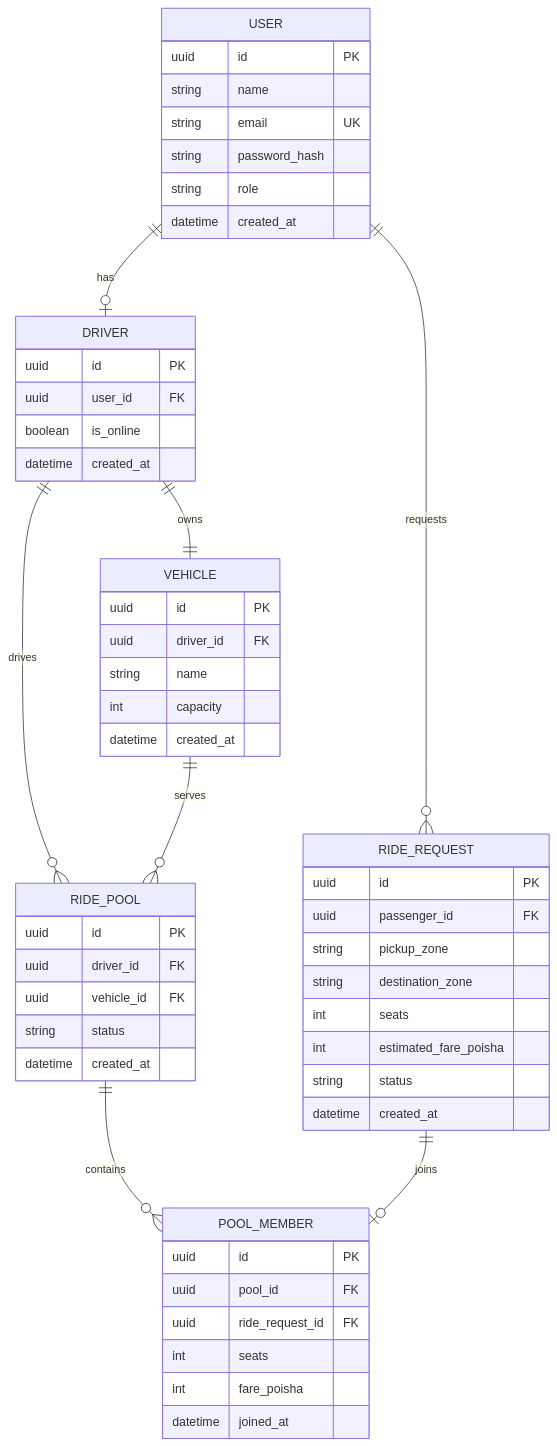
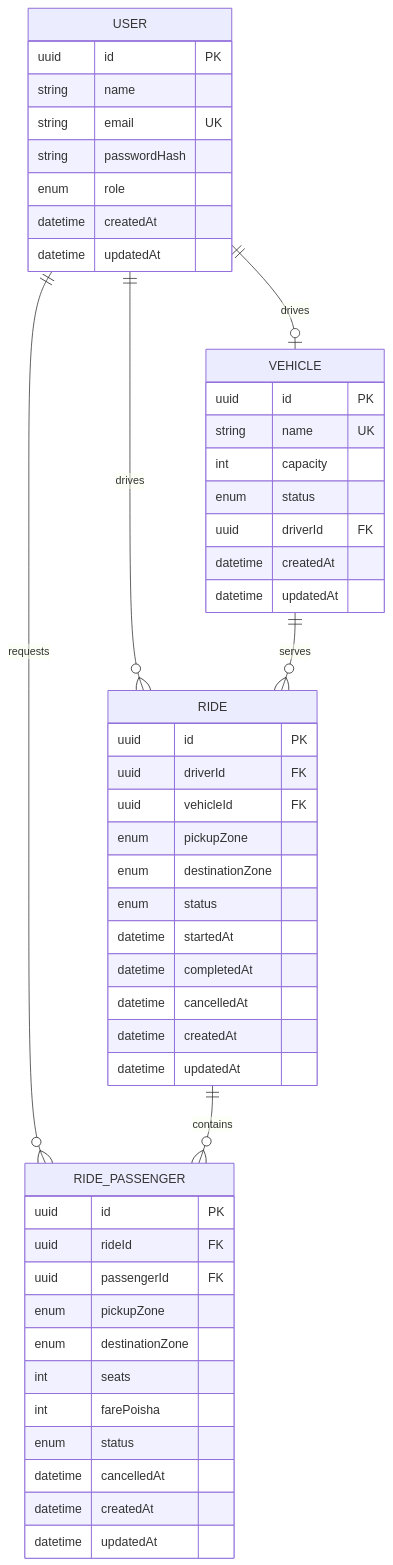
The second of 6 diagrams in docs/architecture/system-design.md (sajedur-me/dhaka-tesla-pool), drawn with Mermaid before and after one commit. The commit also changed other lines of this file and 2 other files, not shown here.

Commit message:
docs(project): document architecture and assessment setup

````diff
--- a/docs/architecture/system-design.md
+++ b/docs/architecture/system-design.md
@@ -76,65 +156,58 @@
 ```mermaid
 erDiagram
-    USER ||--o| DRIVER : has
-    USER ||--o{ RIDE_REQUEST : requests
+    USER ||--o| VEHICLE : drives
+    USER ||--o{ RIDE : drives
+    USER ||--o{ RIDE_PASSENGER : requests
 
-    DRIVER ||--|| VEHICLE : owns
-    DRIVER ||--o{ RIDE_POOL : drives
+    VEHICLE ||--o{ RIDE : serves
 
-    VEHICLE ||--o{ RIDE_POOL : serves
-
-    RIDE_POOL ||--o{ POOL_MEMBER : contains
-    RIDE_REQUEST ||--o| POOL_MEMBER : joins
+    RIDE ||--o{ RIDE_PASSENGER : contains
 
     USER {
         uuid id PK
         string name
         string email UK
-        string password_hash
-        string role
-        datetime created_at
-    }
-
-    DRIVER {
-        uuid id PK
-        uuid user_id FK
-        boolean is_online
-        datetime created_at
+        string passwordHash
+        enum role
+        datetime createdAt
+        datetime updatedAt
     }
 
     VEHICLE {
         uuid id PK
-        uuid driver_id FK
-        string name
+        string name UK
         int capacity
-        datetime created_at
+        enum status
+        uuid driverId FK
+        datetime createdAt
+        datetime updatedAt
     }
 
-    RIDE_REQUEST {
+    RIDE {
         uuid id PK
-        uuid passenger_id FK
-        string pickup_zone
-        string destination_zone
-        int seats
-        int estimated_fare_poisha
-        string status
-        datetime created_at
+        uuid driverId FK
+        uuid vehicleId FK
+        enum pickupZone
+        enum destinationZone
+        enum status
+        datetime startedAt
+        datetime completedAt
+        datetime cancelledAt
+        datetime createdAt
+        datetime updatedAt
     }
 
-    RIDE_POOL {
+    RIDE_PASSENGER {
         uuid id PK
-        uuid driver_id FK
-        uuid vehicle_id FK
-        string status
-        datetime created_at
-    }
-
-    POOL_MEMBER {
-        uuid id PK
-        uuid pool_id FK
-        uuid ride_request_id FK
+        uuid rideId FK
+        uuid passengerId FK
+        enum pickupZone
+        enum destinationZone
         int seats
-        int fare_poisha
-        datetime joined_at
+        int farePoisha
+        enum status
+        datetime cancelledAt
+        datetime createdAt
+        datetime updatedAt
     }
 ```
````
